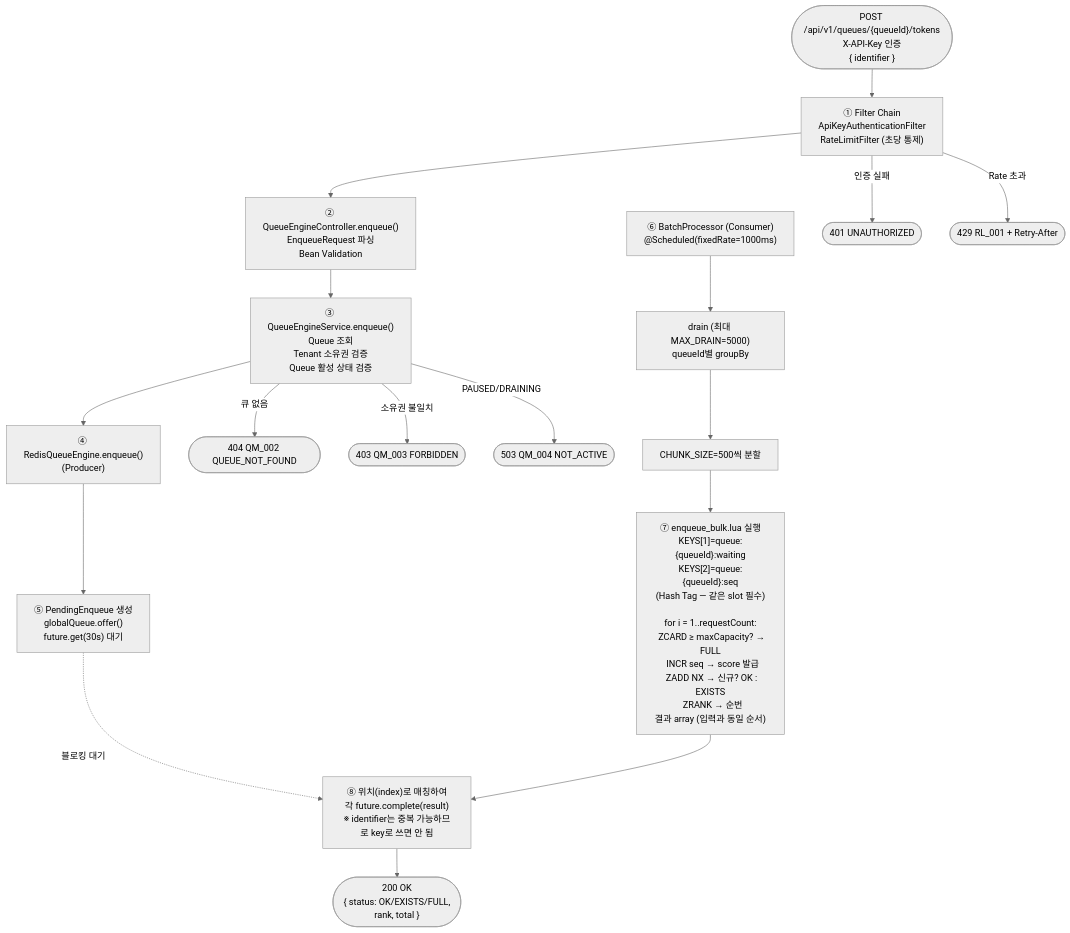
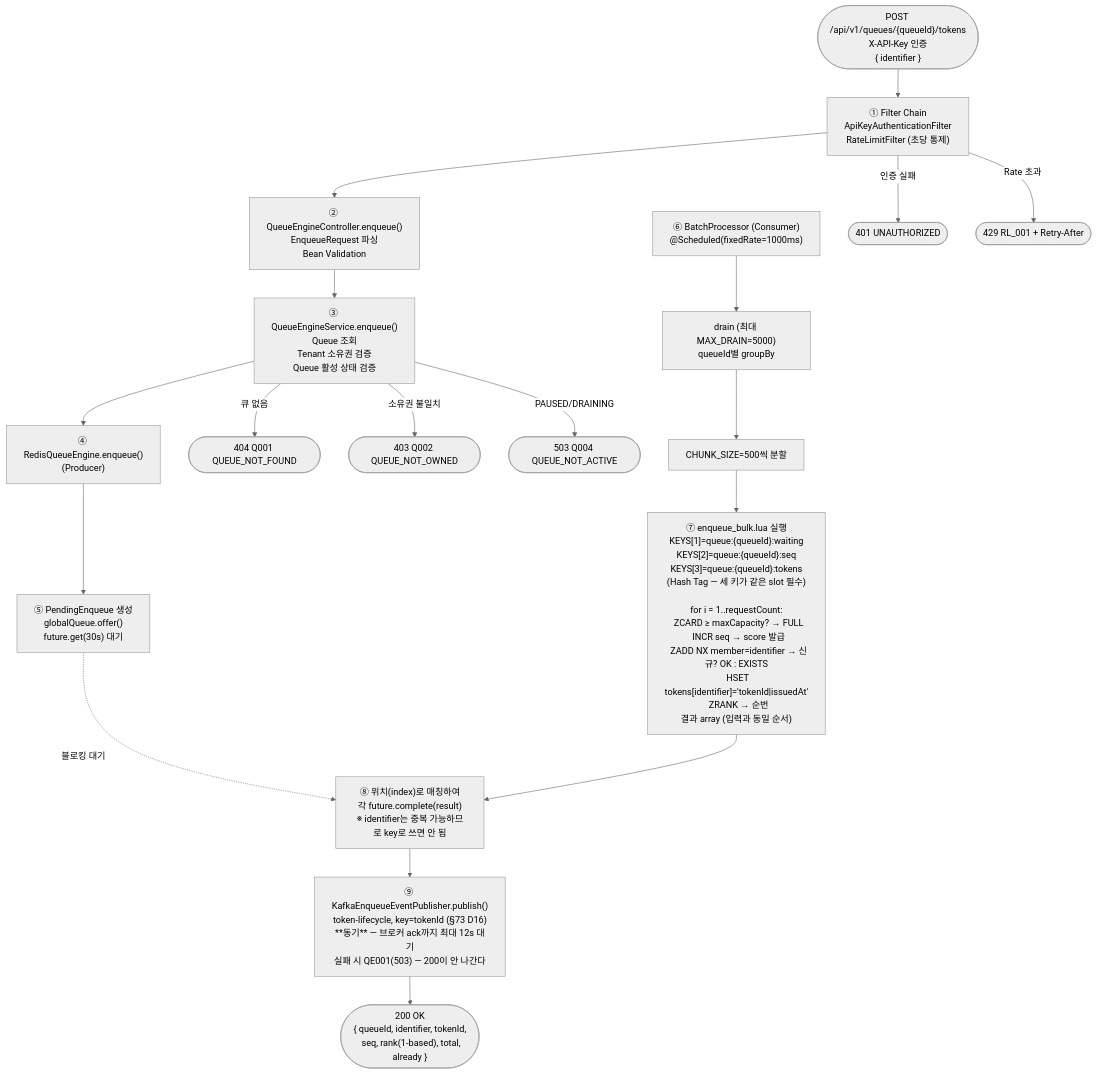
Before and after one commit to S-Onix/queue-platform: the first of 11 diagrams in doc/FLOW.md, drawn with Mermaid (neutral theme). The commit also changed other lines of this file and 7 other files, not shown here.

````diff
--- a/doc/FLOW.md
+++ b/doc/FLOW.md
@@ -19,26 +19,27 @@
 ```mermaid
 flowchart TD
     START(["POST /api/v1/queues/{queueId}/tokens\nX-API-Key 인증\n{ identifier }"])
     --> FILTER["① Filter Chain\nApiKeyAuthenticationFilter\nRateLimitFilter (초당 통제)"]
     --> CTRL["② QueueEngineController.enqueue()\nEnqueueRequest 파싱\nBean Validation"]
     --> SERV["③ QueueEngineService.enqueue()\nQueue 조회\nTenant 소유권 검증\nQueue 활성 상태 검증"]
     --> ENG["④ RedisQueueEngine.enqueue()\n(Producer)"]
 
     ENG --> OFFER["⑤ PendingEnqueue 생성\nglobalQueue.offer()\nfuture.get(30s) 대기"]
 
     OFFER -.->|"블로킹 대기"| COMPLETE
 
     SCHED["⑥ BatchProcessor (Consumer)\n@Scheduled(fixedRate=1000ms)"]
     --> DRAIN["drain (최대 MAX_DRAIN=5000)\nqueueId별 groupBy"]
     --> CHUNK["CHUNK_SIZE=500씩 분할"]
-    --> BULKLUA["⑦ enqueue_bulk.lua 실행\nKEYS[1]=queue:{queueId}:waiting\nKEYS[2]=queue:{queueId}:seq\n(Hash Tag — 같은 slot 필수)\n\nfor i = 1..requestCount:\n  ZCARD ≥ maxCapacity? → FULL\n  INCR seq → score 발급\n  ZADD NX → 신규? OK : EXISTS\n  ZRANK → 순번\n결과 array (입력과 동일 순서)"]
+    --> BULKLUA["⑦ enqueue_bulk.lua 실행\nKEYS[1]=queue:{queueId}:waiting\nKEYS[2]=queue:{queueId}:seq\nKEYS[3]=queue:{queueId}:tokens\n(Hash Tag — 세 키가 같은 slot 필수)\n\nfor i = 1..requestCount:\n  ZCARD ≥ maxCapacity? → FULL\n  INCR seq → score 발급\n  ZADD NX member=identifier → 신규? OK : EXISTS\n  HSET tokens[identifier]='tokenId|issuedAt'\n  ZRANK → 순번\n결과 array (입력과 동일 순서)"]
     --> COMPLETE["⑧ 위치(index)로 매칭하여\n각 future.complete(result)\n※ identifier는 중복 가능하므로 key로 쓰면 안 됨"]
 
-    COMPLETE --> OK(["200 OK\n{ status: OK/EXISTS/FULL,\n  rank, total }"])
+    COMPLETE --> PUB["⑨ KafkaEnqueueEventPublisher.publish()\ntoken-lifecycle, key=tokenId (§73 D16)\n**동기** — 브로커 ack까지 최대 12s 대기\n실패 시 QE001(503) — 200이 안 나간다"]
+    --> OK(["200 OK\n{ queueId, identifier, tokenId,\n  seq, rank(1-based), total, already }"])
 
     FILTER -->|"인증 실패"| E401(["401 UNAUTHORIZED"])
     FILTER -->|"Rate 초과"| E429(["429 RL_001 + Retry-After"])
-    SERV -->|"큐 없음"| E404(["404 QM_002 QUEUE_NOT_FOUND"])
-    SERV -->|"소유권 불일치"| E403(["403 QM_003 FORBIDDEN"])
-    SERV -->|"PAUSED/DRAINING"| E503(["503 QM_004 NOT_ACTIVE"])
+    SERV -->|"큐 없음"| E404(["404 Q001 QUEUE_NOT_FOUND"])
+    SERV -->|"소유권 불일치"| E403(["403 Q002 QUEUE_NOT_OWNED"])
+    SERV -->|"PAUSED/DRAINING"| E503(["503 Q004 QUEUE_NOT_ACTIVE"])
 ```
````
